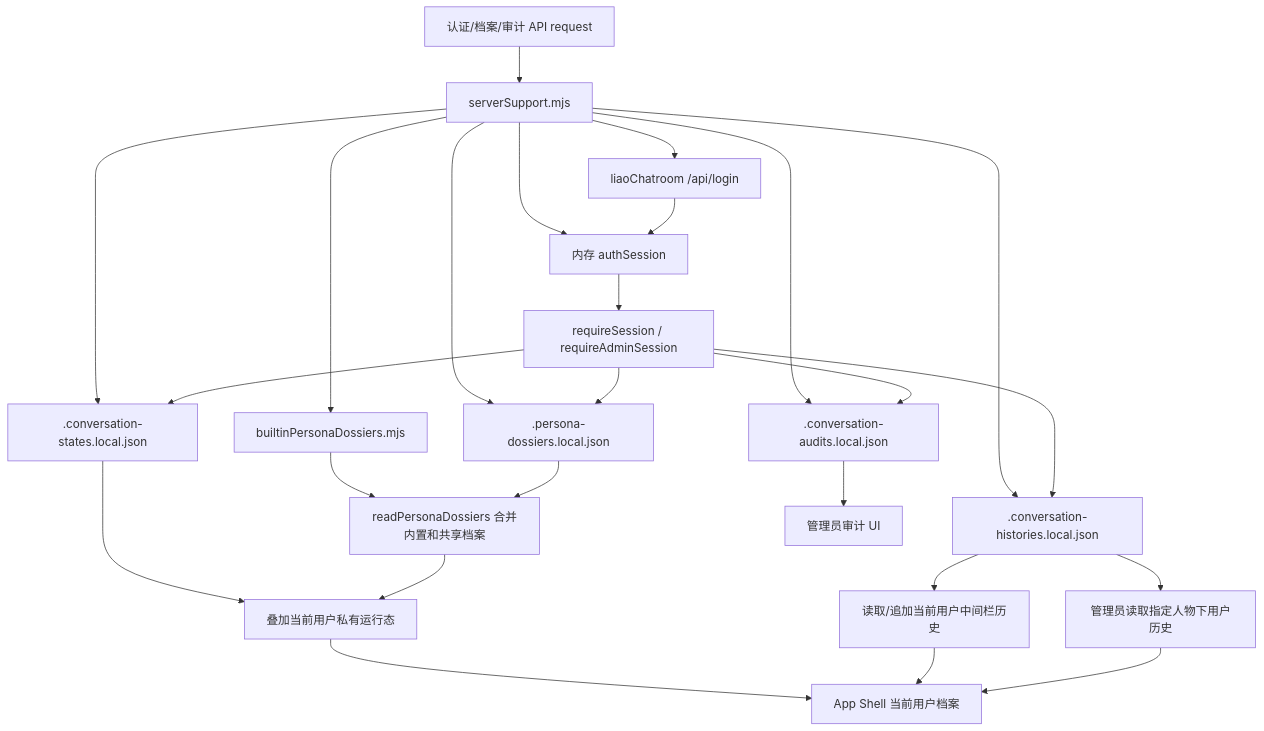
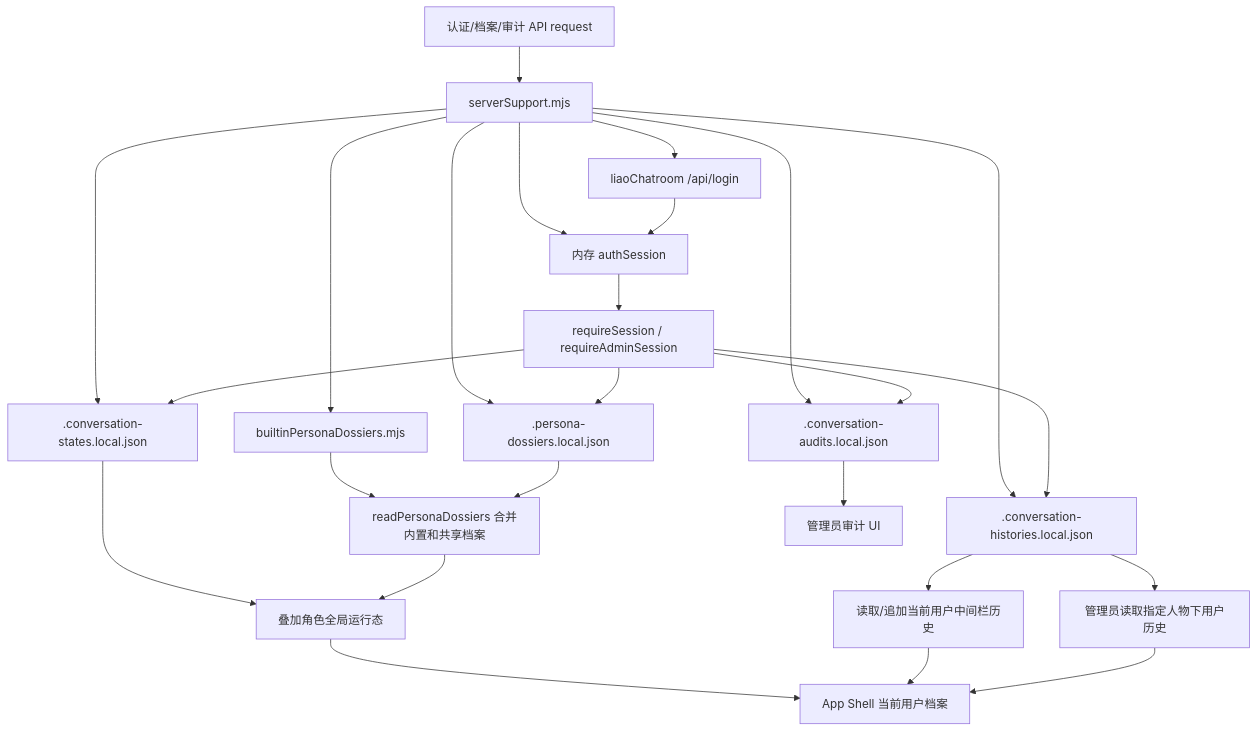
One commit to ttmanthatman/virtual-human-flow changed diagram 27 of 31 in docs/SYSTEM_FLOW.md. Above: the diagram before and after it, drawn with Mermaid. The commit also changed other lines of this file and 18 other files, not shown here.

````diff
--- a/docs/SYSTEM_FLOW.md
+++ b/docs/SYSTEM_FLOW.md
@@ -661,27 +661,27 @@
 ```mermaid
 flowchart TD
     REQ["认证/档案/审计 API request"] --> SUPPORT["serverSupport.mjs"]
     SUPPORT --> LIAO["liaoChatroom /api/login"]
     SUPPORT --> SESS["内存 authSession"]
     SUPPORT --> BUILTIN["builtinPersonaDossiers.mjs"]
     SUPPORT --> DOS[".persona-dossiers.local.json"]
     SUPPORT --> USTATE[".conversation-states.local.json"]
     SUPPORT --> UHIST[".conversation-histories.local.json"]
     SUPPORT --> AUD[".conversation-audits.local.json"]
     LIAO --> SESS
     SESS --> PERM["requireSession / requireAdminSession"]
     BUILTIN --> MERGE["readPersonaDossiers 合并内置和共享档案"]
-    USTATE --> OVERLAY["叠加当前用户私有运行态"]
+    USTATE --> OVERLAY["叠加角色全局运行态"]
     UHIST --> CHATHIST["读取/追加当前用户中间栏历史"]
     UHIST --> ADMINHIST["管理员读取指定人物下用户历史"]
     PERM --> DOS
     PERM --> USTATE
     PERM --> UHIST
     PERM --> AUD
     DOS --> MERGE
     MERGE --> OVERLAY
     OVERLAY --> APP["App Shell 当前用户档案"]
     CHATHIST --> APP
     ADMINHIST --> APP
     AUD --> ADMINUI["管理员审计 UI"]
 ```
````
